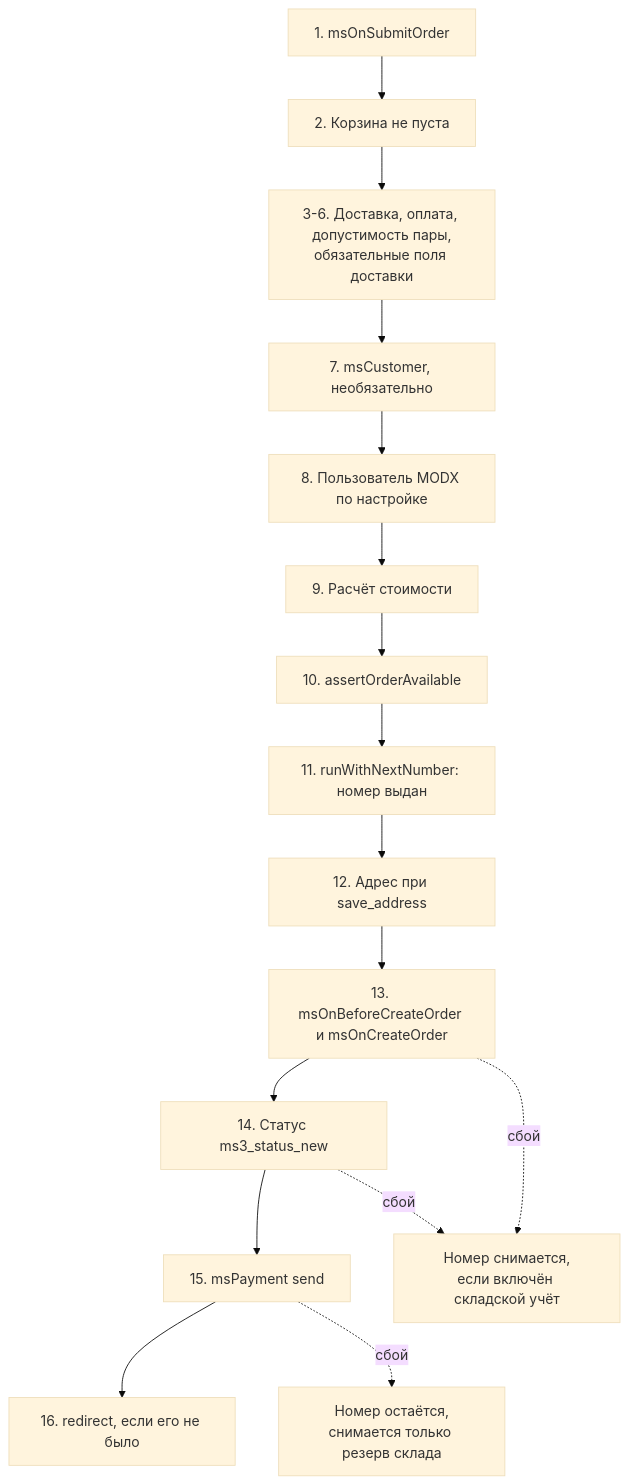
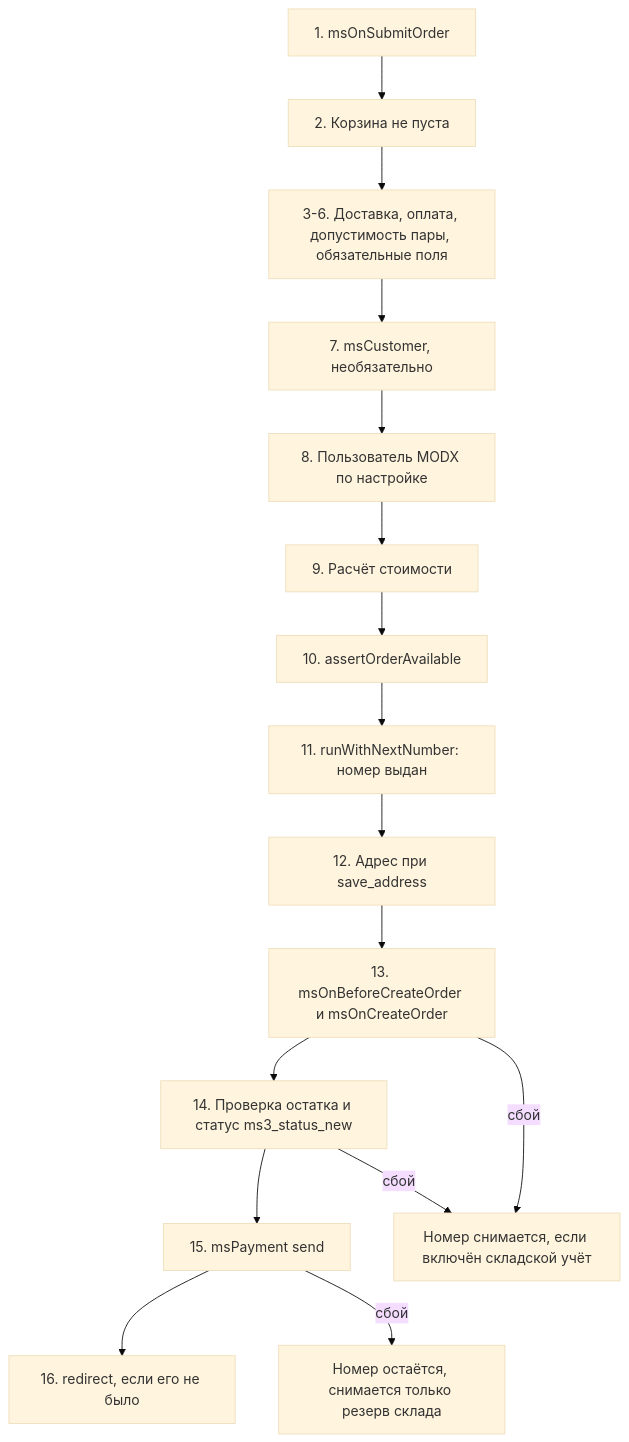
The second of 2 diagrams in docs/components/minishop3/development/backend-api/order.md (modx-pro/Docs), drawn with Mermaid (base theme) before and after one commit. The commit also changed 1 other file, not shown here.

Commit message:
docs(minishop3): привести синтаксис схем к тому, что уже используется в наборе

````diff
--- a/docs/components/minishop3/development/backend-api/order.md
+++ b/docs/components/minishop3/development/backend-api/order.md
@@ -313,18 +313,18 @@
 ```mermaid
 flowchart TB
   a["1. msOnSubmitOrder"] --> b["2. Корзина не пуста"]
-  b --> c["3-6. Доставка, оплата, допустимость пары,<br/>обязательные поля доставки"]
+  b --> c["3-6. Доставка, оплата, допустимость пары, обязательные поля"]
   c --> d["7. msCustomer, необязательно"]
   d --> e["8. Пользователь MODX по настройке"]
   e --> f["9. Расчёт стоимости"]
   f --> g["10. assertOrderAvailable"]
   g --> h["11. runWithNextNumber: номер выдан"]
   h --> i["12. Адрес при save_address"]
   i --> j["13. msOnBeforeCreateOrder и msOnCreateOrder"]
-  j --> k["14. Статус ms3_status_new"]
+  j --> k["14. Проверка остатка и статус ms3_status_new"]
   k --> l["15. msPayment send"]
   l --> m["16. redirect, если его не было"]
-  j -. сбой .-> r["Номер снимается,<br/>если включён складской учёт"]
-  k -. сбой .-> r
-  l -. сбой .-> s["Номер остаётся,<br/>снимается только резерв склада"]
+  j -->|сбой| r["Номер снимается, если включён складской учёт"]
+  k -->|сбой| r
+  l -->|сбой| s["Номер остаётся, снимается только резерв склада"]
 ```
````
